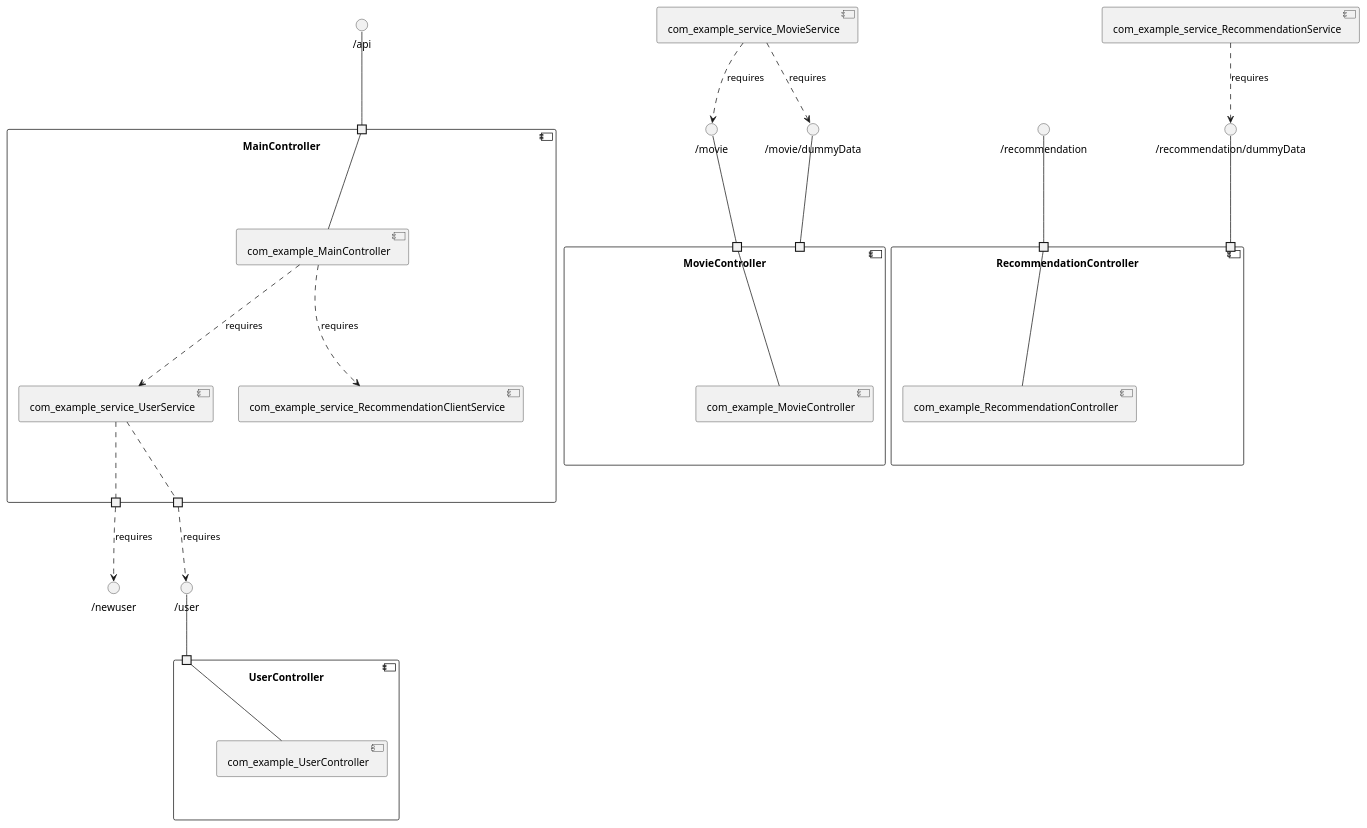
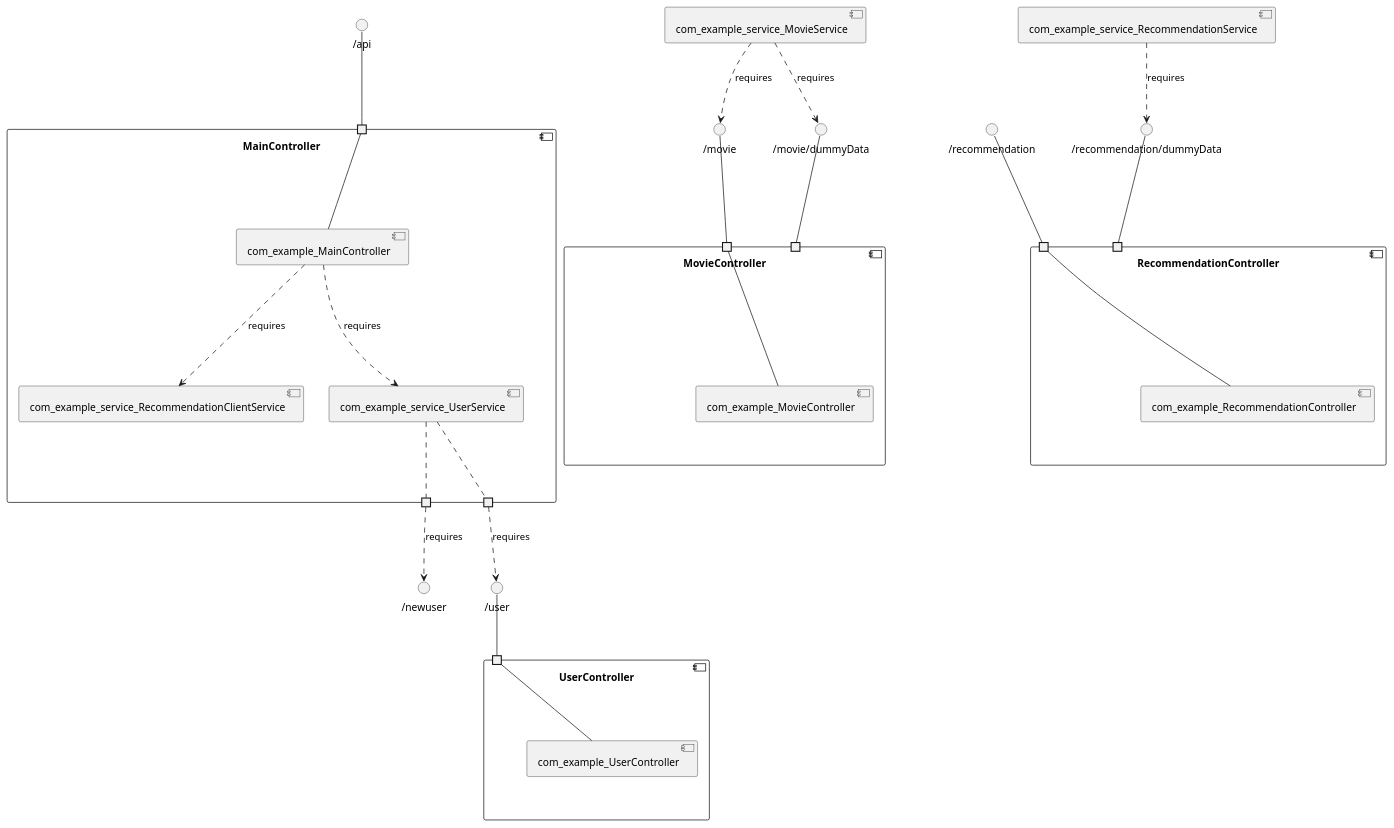
Before and after one commit to View-Based-Reverse-Engineering/Retriever-Benchmark: the diagram in spring-cloud-movie-recommendation/model_re/uml/componentDiagram.puml, drawn with PlantUML. The commit also changed other lines of this file and 159 other files, not shown here.

```diff
--- a/spring-cloud-movie-recommendation/model_re/uml/componentDiagram.puml
+++ b/spring-cloud-movie-recommendation/model_re/uml/componentDiagram.puml
@@ -1,56 +1,56 @@
 @startuml
 skinparam fixCircleLabelOverlapping true
 component "MainController\n\n\n\n\n\n" {
+[com_example_service_UserService]
 [com_example_MainController]
 [com_example_service_RecommendationClientService]
-[com_example_service_UserService]
 portin " " as MainController.requires._api
 portout " " as MainController.provides._newuser
 portout " " as MainController.provides._user
 [com_example_MainController]..>[com_example_service_RecommendationClientService] : requires
 [com_example_MainController]..>[com_example_service_UserService] : requires
 "MainController.requires._api"--[com_example_MainController]
 [com_example_service_UserService].."MainController.provides._user"
 [com_example_service_UserService].."MainController.provides._newuser"
 }
 interface "/api" as interface._api
 interface._api--"MainController.requires._api"
 interface "/user" as interface._user
 "MainController.provides._user"..>interface._user : requires
 interface "/newuser" as interface._newuser
 "MainController.provides._newuser"..>interface._newuser : requires
 component "MovieController\n\n\n\n\n\n" {
 [com_example_MovieController]
 portin " " as MovieController.requires._movie_dummyData
 portin " " as MovieController.requires._movie
 "MovieController.requires._movie"--[com_example_MovieController]
 }
 interface "/movie" as interface._movie
 interface._movie--"MovieController.requires._movie"
 interface "/movie/dummyData" as interface._movie_dummyData
 interface._movie_dummyData--"MovieController.requires._movie_dummyData"
 component "RecommendationController\n\n\n\n\n\n" {
 [com_example_RecommendationController]
+portin " " as RecommendationController.requires._recommendation_dummyData
 portin " " as RecommendationController.requires._recommendation
-portin " " as RecommendationController.requires._recommendation_dummyData
 "RecommendationController.requires._recommendation"--[com_example_RecommendationController]
 }
 interface "/recommendation" as interface._recommendation
 interface._recommendation--"RecommendationController.requires._recommendation"
 interface "/recommendation/dummyData" as interface._recommendation_dummyData
 interface._recommendation_dummyData--"RecommendationController.requires._recommendation_dummyData"
 component "UserController\n\n\n\n\n\n" {
 [com_example_UserController]
 portin " " as UserController.requires._user
 "UserController.requires._user"--[com_example_UserController]
 }
 interface "/user" as interface._user
 interface._user--"UserController.requires._user"
 interface "/movie" as interface._movie
 [com_example_service_MovieService]..>interface._movie : requires
 interface "/movie/dummyData" as interface._movie_dummyData
 [com_example_service_MovieService]..>interface._movie_dummyData : requires
 interface "/recommendation/dummyData" as interface._recommendation_dummyData
 [com_example_service_RecommendationService]..>interface._recommendation_dummyData : requires
 
 @enduml
```
